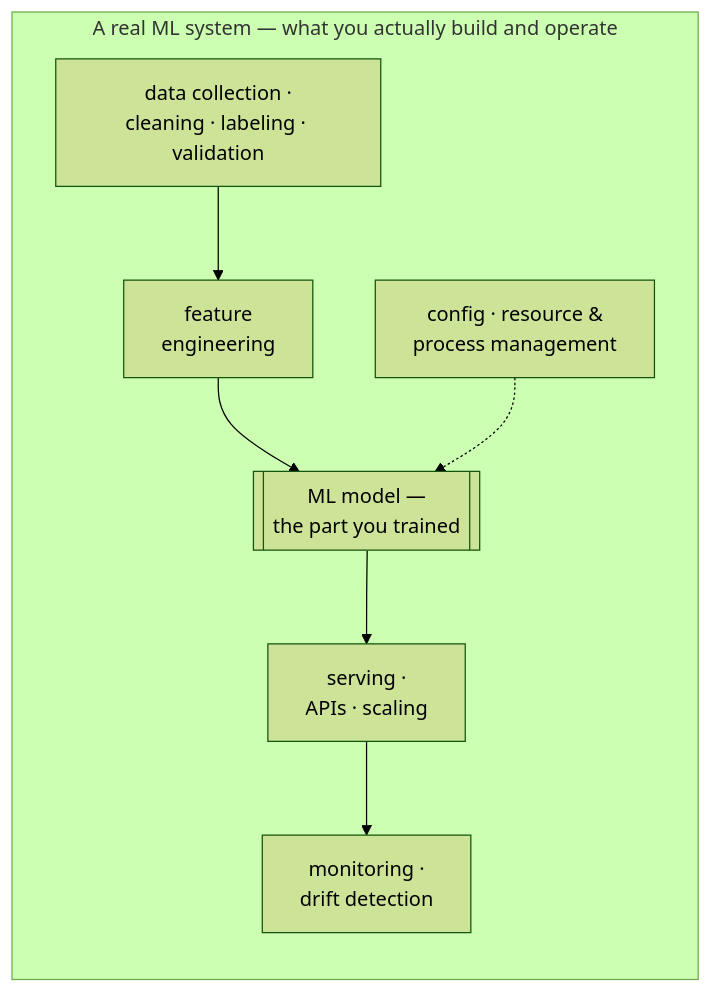
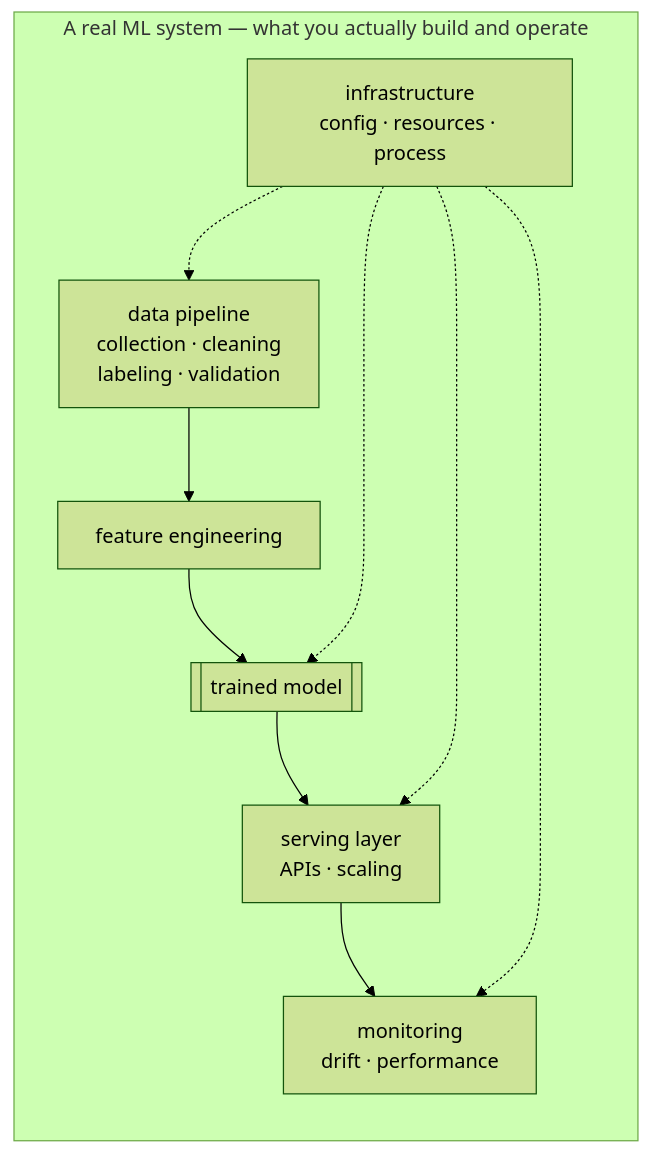
One commit to sanjaykumarpushadapu/MTech changed the first of 15 diagrams in 2026-2027-Sem1/AIMLZG546-SoftwareEngineeringForML/notes/S01-foundations.md. Above: the diagram before and after it, drawn with Mermaid (forest theme). The commit also changed other lines of this file and 4 other files, not shown here.

````diff
--- a/2026-2027-Sem1/AIMLZG546-SoftwareEngineeringForML/notes/S01-foundations.md
+++ b/2026-2027-Sem1/AIMLZG546-SoftwareEngineeringForML/notes/S01-foundations.md
@@ -41,14 +41,17 @@
 ```mermaid
 flowchart LR
     subgraph SYS["A real ML system — what you actually build and operate"]
         direction TB
-        DATA["data collection ·<br/>cleaning · labeling · validation"]
-        FEAT["feature<br/>engineering"]
-        ML[["ML model —<br/>the part you trained"]]
-        SERVE["serving ·<br/>APIs · scaling"]
-        MON["monitoring ·<br/>drift detection"]
-        INFRA["config · resource &<br/>process management"]
+        DATA["data pipeline<br/>collection · cleaning<br/>labeling · validation"]
+        FEAT["feature engineering"]
+        ML[["trained model"]]
+        SERVE["serving layer<br/>APIs · scaling"]
+        MON["monitoring<br/>drift · performance"]
+        INFRA["infrastructure<br/>config · resources · process"]
     end
     DATA --> FEAT --> ML --> SERVE --> MON
+    INFRA -.-> DATA
     INFRA -.-> ML
+    INFRA -.-> SERVE
+    INFRA -.-> MON
 ```
````
